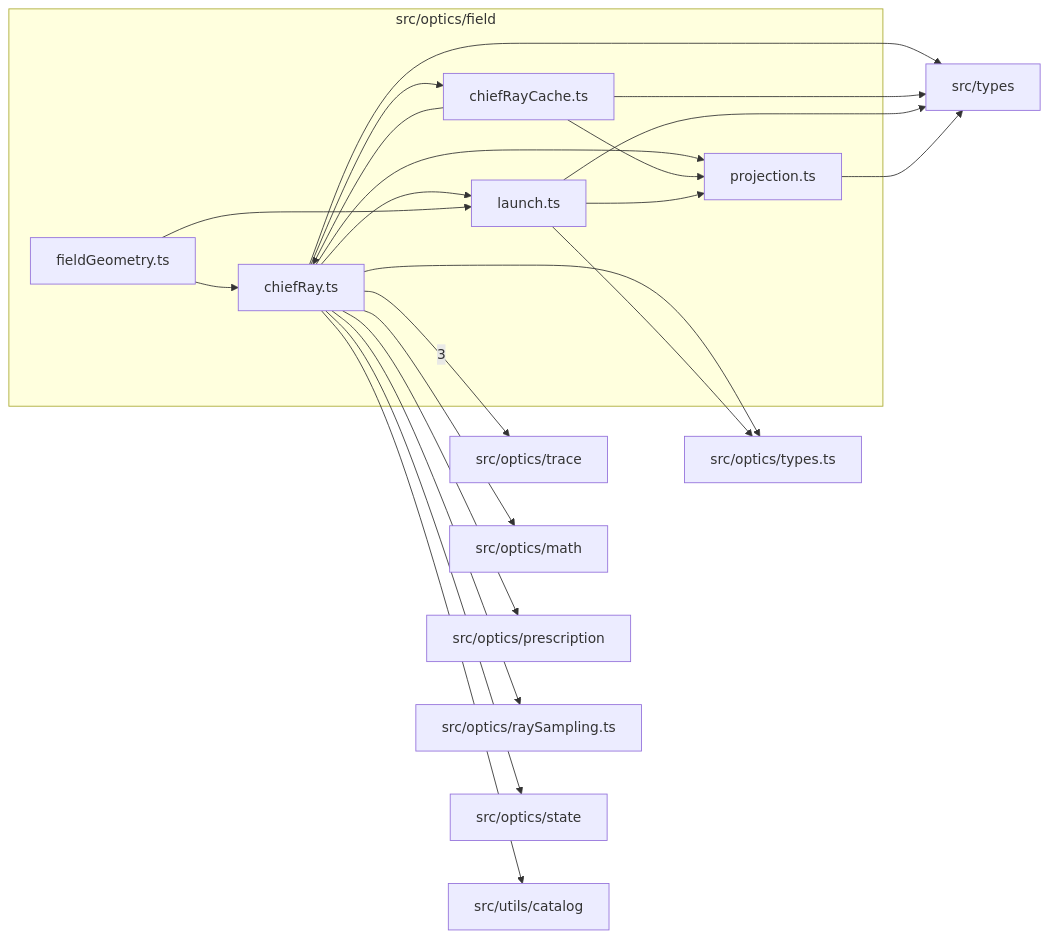
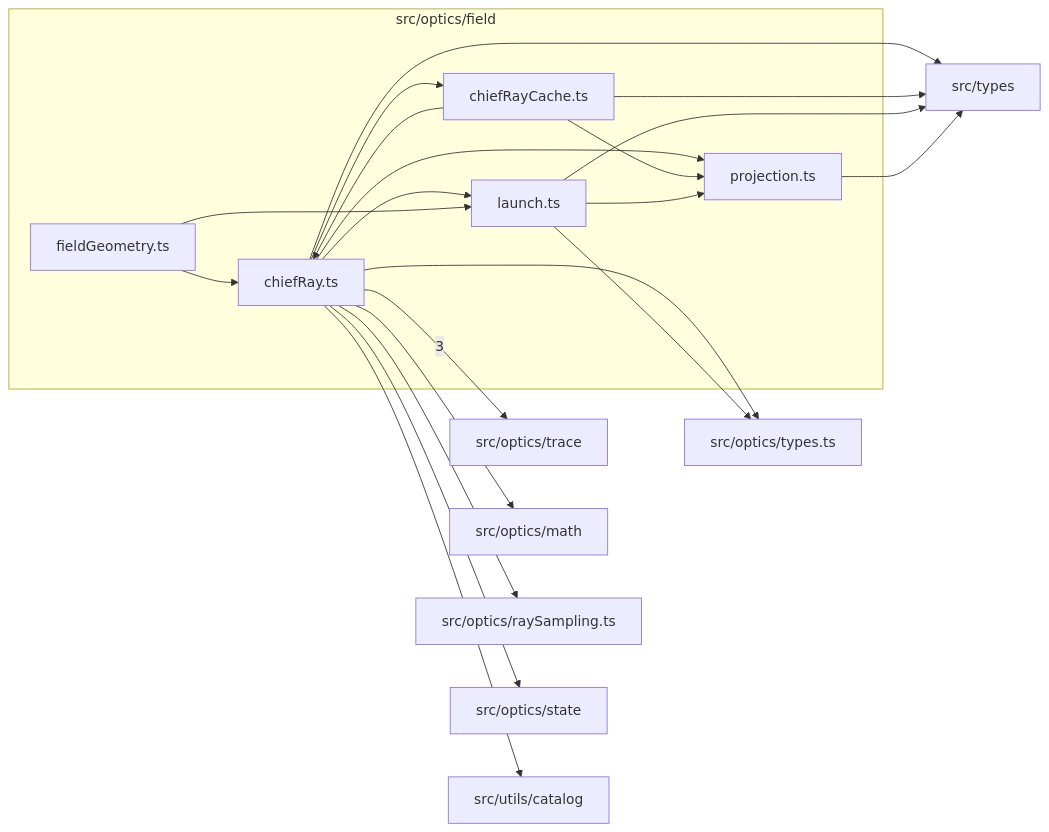
One commit to ronbuening/LensVisualizer changed the diagram in src/optics/field/readme.md. Above: the diagram before and after it, drawn with Mermaid. The commit also changed other lines of this file and 29 other files, not shown here.

````diff
--- a/src/optics/field/readme.md
+++ b/src/optics/field/readme.md
@@ -9,38 +9,36 @@
 ```mermaid
 flowchart LR
   subgraph n_src_optics_field["src/optics/field"]
     n_src_optics_field_src_optics_field_chiefRay_ts["chiefRay.ts"]
     n_src_optics_field_src_optics_field_chiefRayCache_ts["chiefRayCache.ts"]
     n_src_optics_field_src_optics_field_fieldGeometry_ts["fieldGeometry.ts"]
     n_src_optics_field_src_optics_field_launch_ts["launch.ts"]
     n_src_optics_field_src_optics_field_projection_ts["projection.ts"]
   end
   n_external_src_optics_trace["src/optics/trace"]
   n_external_src_optics_math["src/optics/math"]
-  n_external_src_optics_prescription["src/optics/prescription"]
   n_external_src_optics_raySampling_ts["src/optics/raySampling.ts"]
   n_external_src_optics_state["src/optics/state"]
   n_external_src_optics_types_ts["src/optics/types.ts"]
   n_external_src_types["src/types"]
   n_external_src_utils_catalog["src/utils/catalog"]
   n_src_optics_field_src_optics_field_chiefRay_ts --> |3| n_external_src_optics_trace
   n_src_optics_field_src_optics_field_chiefRay_ts --> n_external_src_optics_math
-  n_src_optics_field_src_optics_field_chiefRay_ts --> n_external_src_optics_prescription
   n_src_optics_field_src_optics_field_chiefRay_ts --> n_external_src_optics_raySampling_ts
   n_src_optics_field_src_optics_field_chiefRay_ts --> n_external_src_optics_state
   n_src_optics_field_src_optics_field_chiefRay_ts --> n_external_src_optics_types_ts
   n_src_optics_field_src_optics_field_launch_ts --> n_external_src_optics_types_ts
   n_src_optics_field_src_optics_field_chiefRay_ts --> n_external_src_types
   n_src_optics_field_src_optics_field_chiefRayCache_ts --> n_external_src_types
   n_src_optics_field_src_optics_field_launch_ts --> n_external_src_types
   n_src_optics_field_src_optics_field_projection_ts --> n_external_src_types
   n_src_optics_field_src_optics_field_chiefRay_ts --> n_external_src_utils_catalog
   n_src_optics_field_src_optics_field_chiefRayCache_ts --> n_src_optics_field_src_optics_field_chiefRay_ts
   n_src_optics_field_src_optics_field_fieldGeometry_ts --> n_src_optics_field_src_optics_field_chiefRay_ts
   n_src_optics_field_src_optics_field_chiefRay_ts --> n_src_optics_field_src_optics_field_chiefRayCache_ts
   n_src_optics_field_src_optics_field_chiefRay_ts --> n_src_optics_field_src_optics_field_launch_ts
   n_src_optics_field_src_optics_field_fieldGeometry_ts --> n_src_optics_field_src_optics_field_launch_ts
   n_src_optics_field_src_optics_field_chiefRay_ts --> n_src_optics_field_src_optics_field_projection_ts
   n_src_optics_field_src_optics_field_chiefRayCache_ts --> n_src_optics_field_src_optics_field_projection_ts
   n_src_optics_field_src_optics_field_launch_ts --> n_src_optics_field_src_optics_field_projection_ts
 ```
````
